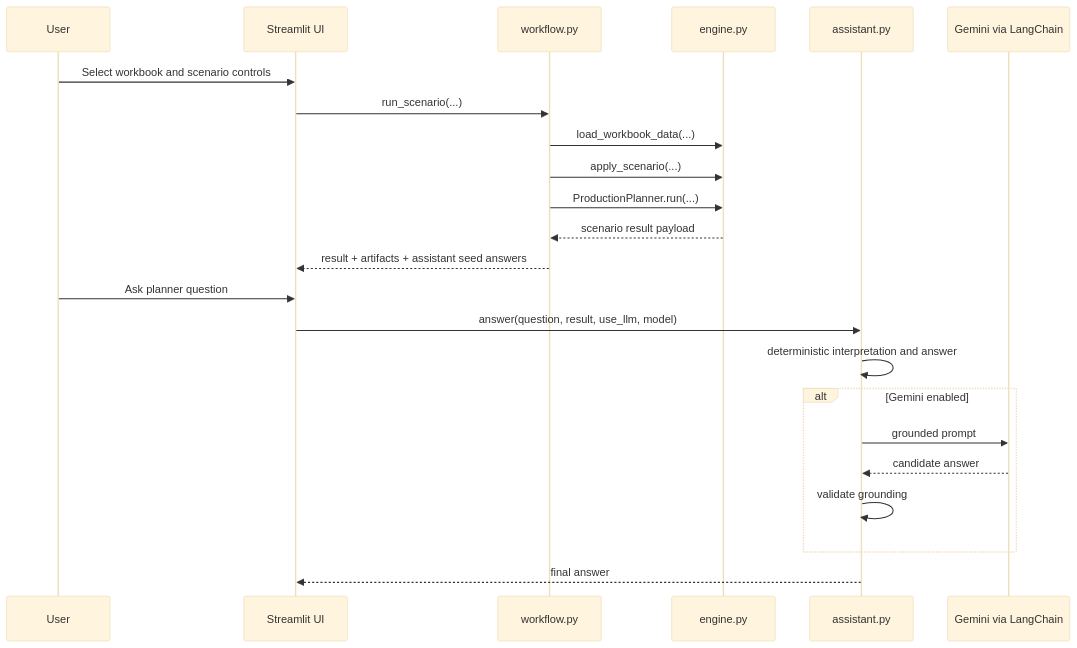
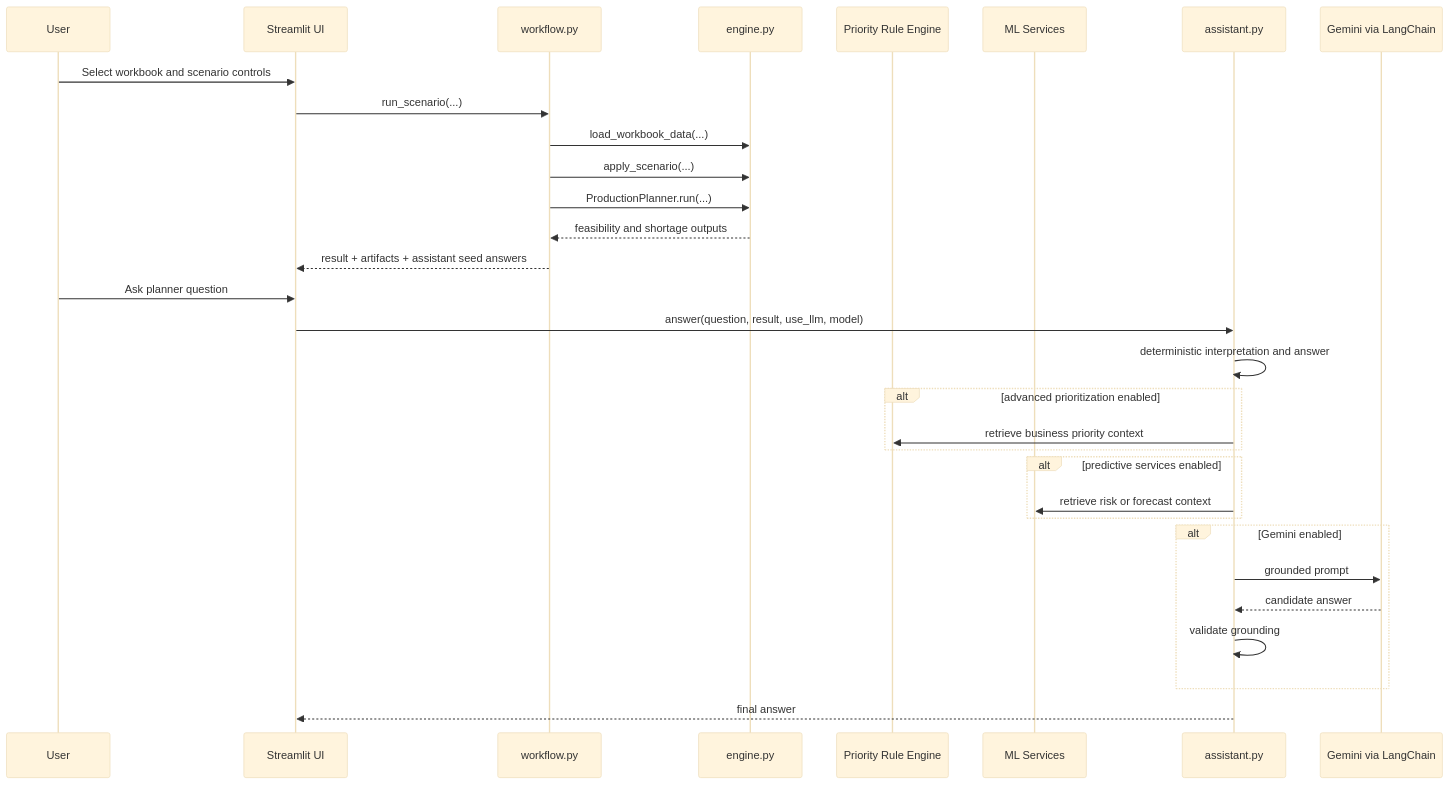
One commit to InsightfulSantosh/ForgeBoard changed the third of 3 diagrams in Desktop/ForgeBoard/docs/forgeboard_solution_blueprint.md. Above: the diagram before and after it, drawn with Mermaid (base theme). The commit also changed other lines of this file, not shown here.

````diff
--- a/Desktop/ForgeBoard/docs/forgeboard_solution_blueprint.md
+++ b/Desktop/ForgeBoard/docs/forgeboard_solution_blueprint.md
@@ -420,26 +907,34 @@
 ```mermaid
 sequenceDiagram
     participant U as User
     participant S as Streamlit UI
     participant W as workflow.py
     participant E as engine.py
+    participant R as Priority Rule Engine
+    participant M as ML Services
     participant A as assistant.py
     participant G as Gemini via LangChain
 
     U->>S: Select workbook and scenario controls
     S->>W: run_scenario(...)
     W->>E: load_workbook_data(...)
     W->>E: apply_scenario(...)
     W->>E: ProductionPlanner.run(...)
-    E-->>W: scenario result payload
+    E-->>W: feasibility and shortage outputs
     W-->>S: result + artifacts + assistant seed answers
     U->>S: Ask planner question
     S->>A: answer(question, result, use_llm, model)
     A->>A: deterministic interpretation and answer
+    alt advanced prioritization enabled
+        A->>R: retrieve business priority context
+    end
+    alt predictive services enabled
+        A->>M: retrieve risk or forecast context
+    end
     alt Gemini enabled
         A->>G: grounded prompt
         G-->>A: candidate answer
         A->>A: validate grounding
     end
     A-->>S: final answer
 ```
````
